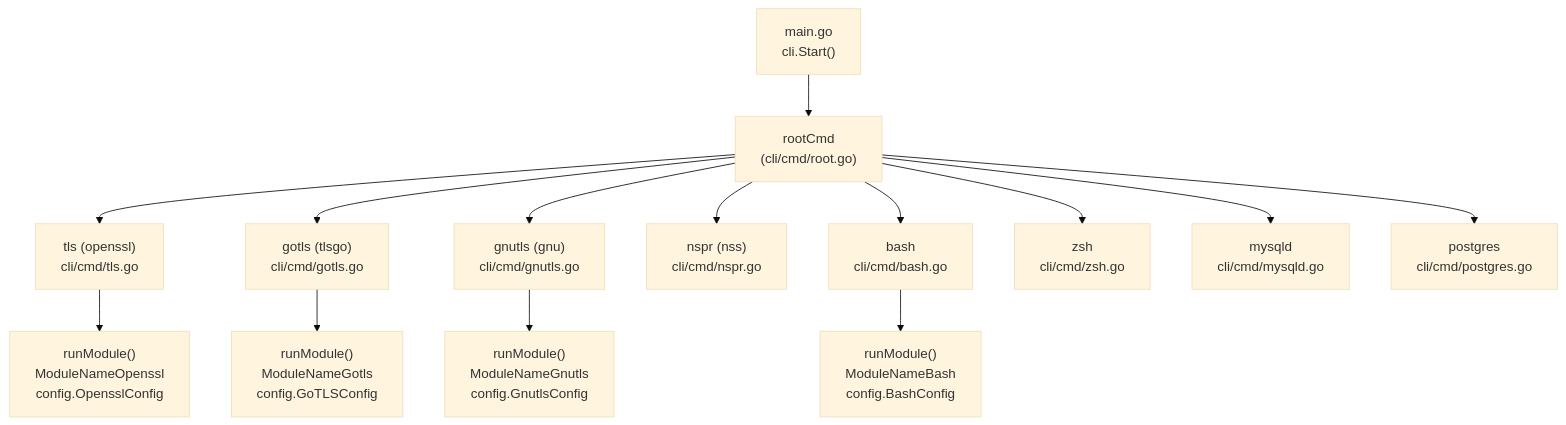
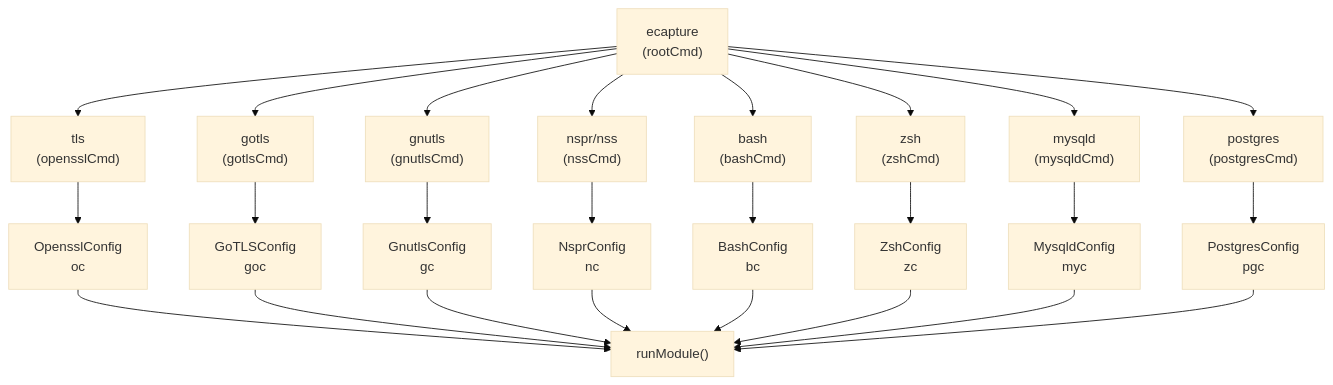
Before and after one commit to gojue/ecapture.cc: the first of 5 diagrams in src/en/1-overview/1.2-command-line-interface.md, drawn with Mermaid (base theme). The commit also changed other lines of this file and 70 other files, not shown here.

Commit message:
feat: update sidebar and navigation links for architecture and shell command auditing sections

````diff
--- a/src/en/1-overview/1.2-command-line-interface.md
+++ b/src/en/1-overview/1.2-command-line-interface.md
@@ -42,29 +42,48 @@
 ```mermaid
 graph TB
-    Main["main.go<br/>cli.Start()"]
-    RootCmd["rootCmd<br/>(cli/cmd/root.go)"]
+    ROOT["ecapture<br/>(rootCmd)"]
+    TLS["tls<br/>(opensslCmd)"]
+    GOTLS["gotls<br/>(gotlsCmd)"]
+    GNUTLS["gnutls<br/>(gnutlsCmd)"]
+    NSPR["nspr/nss<br/>(nssCmd)"]
+    BASH["bash<br/>(bashCmd)"]
+    ZSH["zsh<br/>(zshCmd)"]
+    MYSQLD["mysqld<br/>(mysqldCmd)"]
+    POSTGRES["postgres<br/>(postgresCmd)"]
     
-    TLSCmd["tls (openssl)<br/>cli/cmd/tls.go"]
-    GoTLSCmd["gotls (tlsgo)<br/>cli/cmd/gotls.go"]
-    GnuTLSCmd["gnutls (gnu)<br/>cli/cmd/gnutls.go"]
-    NSSCmd["nspr (nss)<br/>cli/cmd/nspr.go"]
-    BashCmd["bash<br/>cli/cmd/bash.go"]
-    ZshCmd["zsh<br/>cli/cmd/zsh.go"]
-    MySQLCmd["mysqld<br/>cli/cmd/mysqld.go"]
-    PostgresCmd["postgres<br/>cli/cmd/postgres.go"]
+    ROOT --> TLS
+    ROOT --> GOTLS
+    ROOT --> GNUTLS
+    ROOT --> NSPR
+    ROOT --> BASH
+    ROOT --> ZSH
+    ROOT --> MYSQLD
+    ROOT --> POSTGRES
     
-    Main --> RootCmd
-    RootCmd --> TLSCmd
-    RootCmd --> GoTLSCmd
-    RootCmd --> GnuTLSCmd
-    RootCmd --> NSSCmd
-    RootCmd --> BashCmd
-    RootCmd --> ZshCmd
-    RootCmd --> MySQLCmd
-    RootCmd --> PostgresCmd
+    TLS_CONFIG["OpensslConfig<br/>oc"]
+    GOTLS_CONFIG["GoTLSConfig<br/>goc"]
+    GNUTLS_CONFIG["GnutlsConfig<br/>gc"]
+    NSPR_CONFIG["NsprConfig<br/>nc"]
+    BASH_CONFIG["BashConfig<br/>bc"]
+    ZSH_CONFIG["ZshConfig<br/>zc"]
+    MYSQL_CONFIG["MysqldConfig<br/>myc"]
+    PG_CONFIG["PostgresConfig<br/>pgc"]
     
-    TLSCmd --> RunModule["runModule()<br/>ModuleNameOpenssl<br/>config.OpensslConfig"]
-    GoTLSCmd --> RunModule2["runModule()<br/>ModuleNameGotls<br/>config.GoTLSConfig"]
-    GnuTLSCmd --> RunModule3["runModule()<br/>ModuleNameGnutls<br/>config.GnutlsConfig"]
-    BashCmd --> RunModule4["runModule()<br/>ModuleNameBash<br/>config.BashConfig"]
+    TLS --> TLS_CONFIG
+    GOTLS --> GOTLS_CONFIG
+    GNUTLS --> GNUTLS_CONFIG
+    NSPR --> NSPR_CONFIG
+    BASH --> BASH_CONFIG
+    ZSH --> ZSH_CONFIG
+    MYSQLD --> MYSQL_CONFIG
+    POSTGRES --> PG_CONFIG
+    
+    TLS_CONFIG --> RUNMOD["runModule()"]
+    GOTLS_CONFIG --> RUNMOD
+    GNUTLS_CONFIG --> RUNMOD
+    NSPR_CONFIG --> RUNMOD
+    BASH_CONFIG --> RUNMOD
+    ZSH_CONFIG --> RUNMOD
+    MYSQL_CONFIG --> RUNMOD
+    PG_CONFIG --> RUNMOD
 ```
````
